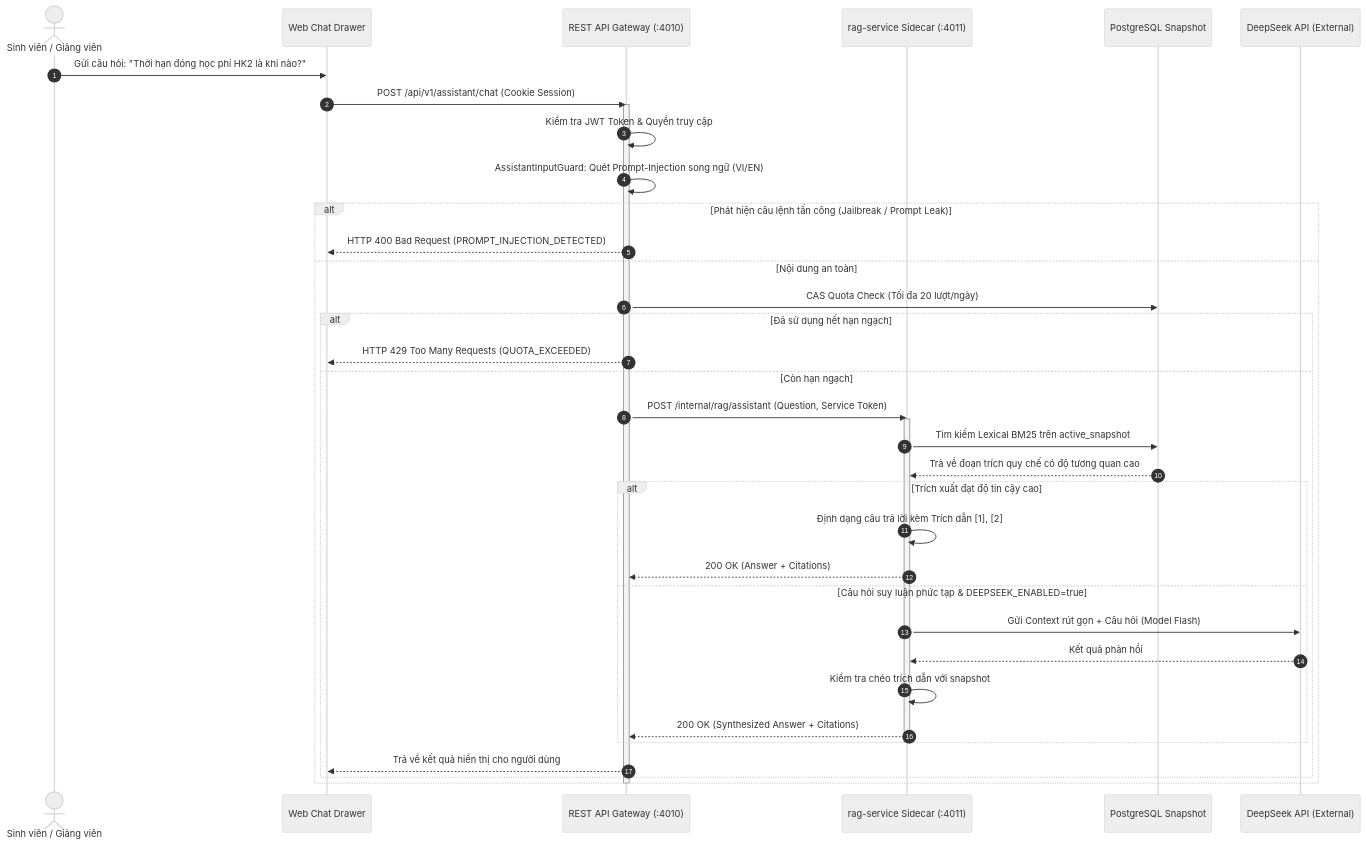
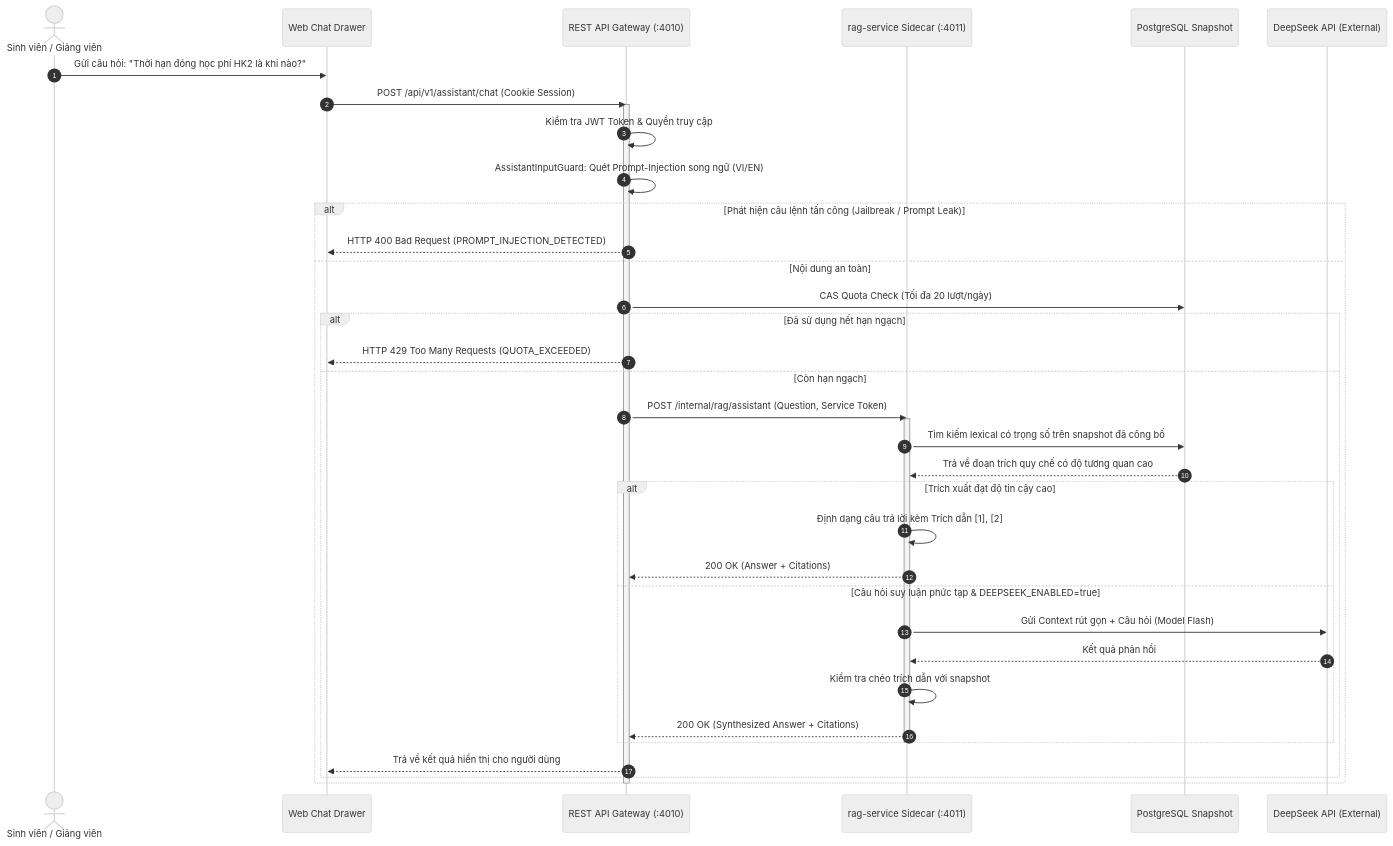
Before and after one commit to JasonTM17/CampusCore_Ecosystem: the fourth of 6 diagrams in README.md, drawn with Mermaid (neutral theme). The commit also changed other lines of this file and 18 other files, not shown here.

````diff
--- a/README.md
+++ b/README.md
@@ -371,45 +371,45 @@
 ```mermaid
 sequenceDiagram
     autonumber
     actor User as Sinh viên / Giảng viên
     participant Web as Web Chat Drawer
     participant REST as REST API Gateway (:4010)
     participant Sidecar as rag-service Sidecar (:4011)
     participant PG as PostgreSQL Snapshot
     participant DeepSeek as DeepSeek API (External)
 
     User->>Web: Gửi câu hỏi: "Thời hạn đóng học phí HK2 là khi nào?"
     Web->>REST: POST /api/v1/assistant/chat (Cookie Session)
 
     activate REST
     REST->>REST: Kiểm tra JWT Token & Quyền truy cập
     REST->>REST: AssistantInputGuard: Quét Prompt-Injection song ngữ (VI/EN)
 
     alt Phát hiện câu lệnh tấn công (Jailbreak / Prompt Leak)
         REST-->>Web: HTTP 400 Bad Request (PROMPT_INJECTION_DETECTED)
     else Nội dung an toàn
         REST->>PG: CAS Quota Check (Tối đa 20 lượt/ngày)
         alt Đã sử dụng hết hạn ngạch
             REST-->>Web: HTTP 429 Too Many Requests (QUOTA_EXCEEDED)
         else Còn hạn ngạch
             REST->>Sidecar: POST /internal/rag/assistant (Question, Service Token)
             activate Sidecar
-            Sidecar->>PG: Tìm kiếm Lexical BM25 trên active_snapshot
+            Sidecar->>PG: Tìm kiếm lexical có trọng số trên snapshot đã công bố
             PG-->>Sidecar: Trả về đoạn trích quy chế có độ tương quan cao
 
             alt Trích xuất đạt độ tin cậy cao
                 Sidecar->>Sidecar: Định dạng câu trả lời kèm Trích dẫn [1], [2]
                 Sidecar-->>REST: 200 OK (Answer + Citations)
             else Câu hỏi suy luận phức tạp & DEEPSEEK_ENABLED=true
                 Sidecar->>DeepSeek: Gửi Context rút gọn + Câu hỏi (Model Flash)
                 DeepSeek-->>Sidecar: Kết quả phản hồi
                 Sidecar->>Sidecar: Kiểm tra chéo trích dẫn với snapshot
                 Sidecar-->>REST: 200 OK (Synthesized Answer + Citations)
             end
             deactivate Sidecar
 
             REST-->>Web: Trả về kết quả hiển thị cho người dùng
         end
     end
     deactivate REST
 ```
````
